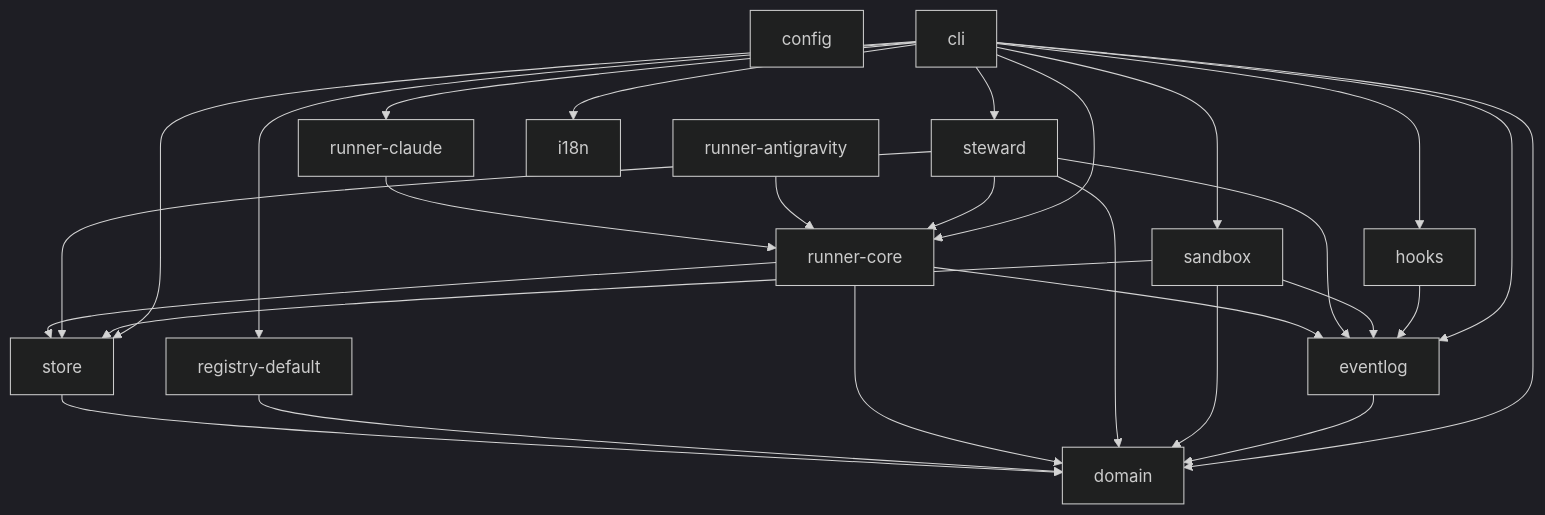
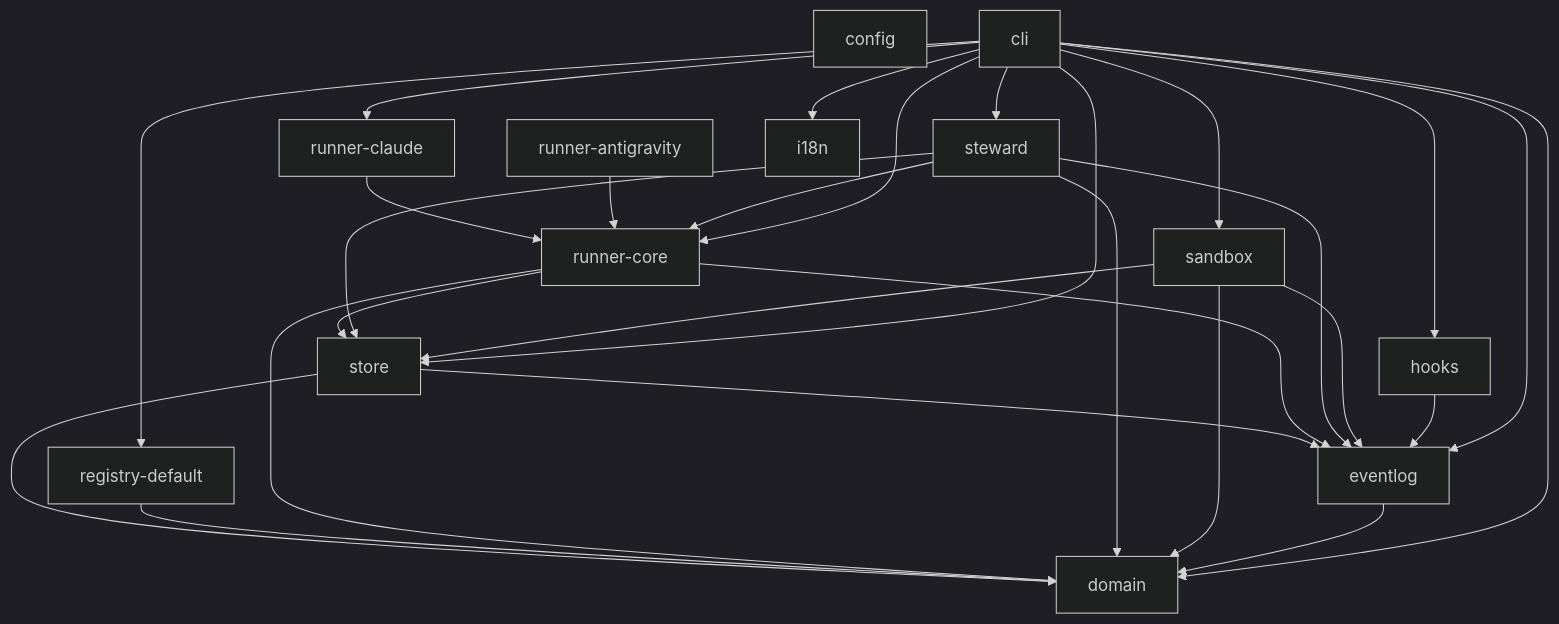
Before and after one commit to thap-nv/the-world-of-elvaria: the diagram in docs/dependency-graph.md, drawn with Mermaid (dark theme). The commit also changed other lines of this file and 58 other files, not shown here.

````diff
--- a/docs/dependency-graph.md
+++ b/docs/dependency-graph.md
@@ -7,42 +7,43 @@
 ```mermaid
 flowchart TD
   config["config"]
   domain["domain"]
   store["store"]
   registry_default["registry-default"]
   runner_core["runner-core"]
   runner_claude["runner-claude"]
   runner_antigravity["runner-antigravity"]
   steward["steward"]
   sandbox["sandbox"]
   eventlog["eventlog"]
   hooks["hooks"]
   i18n["i18n"]
   cli["cli"]
   store --> domain
+  store --> eventlog
   registry_default --> domain
   runner_core --> domain
   runner_core --> eventlog
   runner_core --> store
   runner_claude --> runner_core
   runner_antigravity --> runner_core
   steward --> domain
   steward --> eventlog
   steward --> runner_core
   steward --> store
   sandbox --> domain
   sandbox --> eventlog
   sandbox --> store
   eventlog --> domain
   hooks --> eventlog
   cli --> domain
   cli --> eventlog
   cli --> hooks
   cli --> i18n
   cli --> registry_default
   cli --> runner_claude
   cli --> runner_core
   cli --> sandbox
   cli --> steward
   cli --> store
 ```
````
